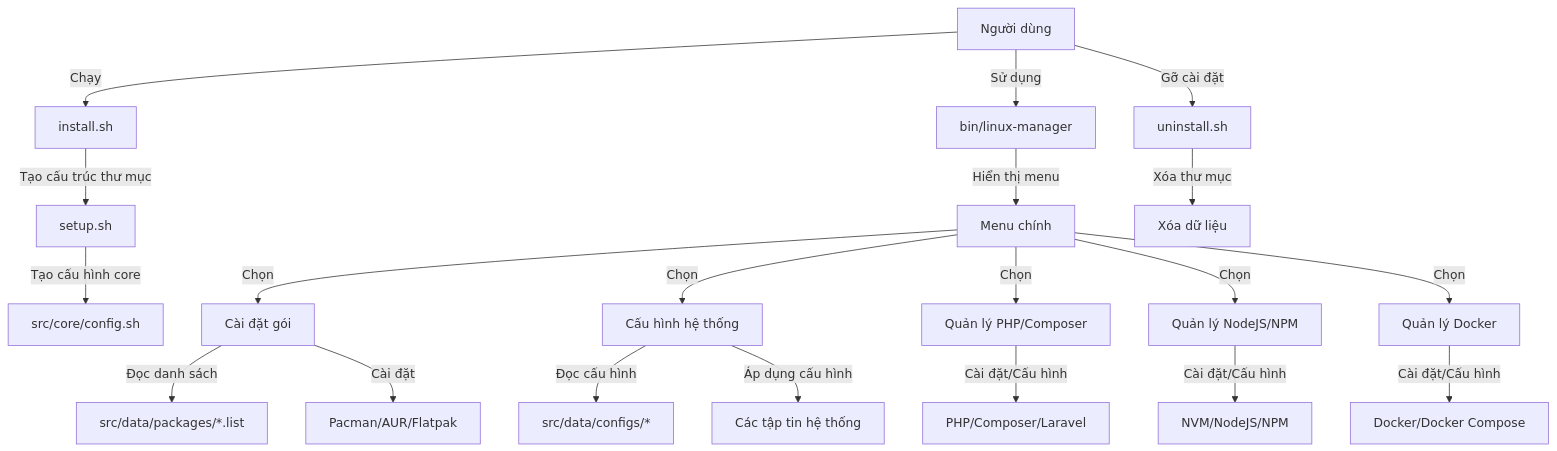
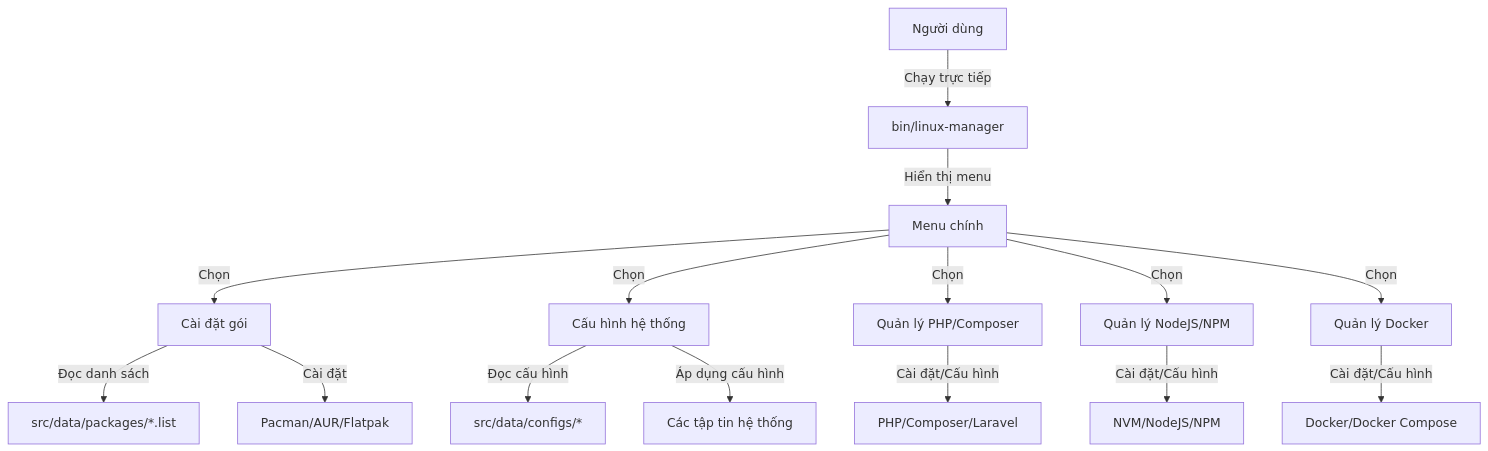
One commit to mttk2004/linux-manager changed the diagram in README.md. Above: the diagram before and after it, drawn with Mermaid. The commit also changed other lines of this file and 1 other file, not shown here.

````diff
--- a/README.md
+++ b/README.md
@@ -40,28 +40,21 @@
 ```mermaid
 graph TB
-    A[Người dùng] -->|Chạy| B[install.sh]
-    B -->|Tạo cấu trúc thư mục| C[setup.sh]
-    C -->|Tạo cấu hình core| D[src/core/config.sh]
-
-    A -->|Sử dụng| E[bin/linux-manager]
+    A[Người dùng] -->|Chạy trực tiếp| E[bin/linux-manager]
     E -->|Hiển thị menu| F[Menu chính]
 
     F -->|Chọn| G1[Cài đặt gói]
     F -->|Chọn| G2[Cấu hình hệ thống]
     F -->|Chọn| G3[Quản lý PHP/Composer]
     F -->|Chọn| G4[Quản lý NodeJS/NPM]
     F -->|Chọn| G5[Quản lý Docker]
 
     G1 -->|Đọc danh sách| H1[src/data/packages/*.list]
     G1 -->|Cài đặt| I1[Pacman/AUR/Flatpak]
 
     G2 -->|Đọc cấu hình| H2[src/data/configs/*]
     G2 -->|Áp dụng cấu hình| I2[Các tập tin hệ thống]
 
     G3 -->|Cài đặt/Cấu hình| I3[PHP/Composer/Laravel]
     G4 -->|Cài đặt/Cấu hình| I4[NVM/NodeJS/NPM]
     G5 -->|Cài đặt/Cấu hình| I5[Docker/Docker Compose]
-
-    A -->|Gỡ cài đặt| J[uninstall.sh]
-    J -->|Xóa thư mục| K[Xóa dữ liệu]
 ```
````
